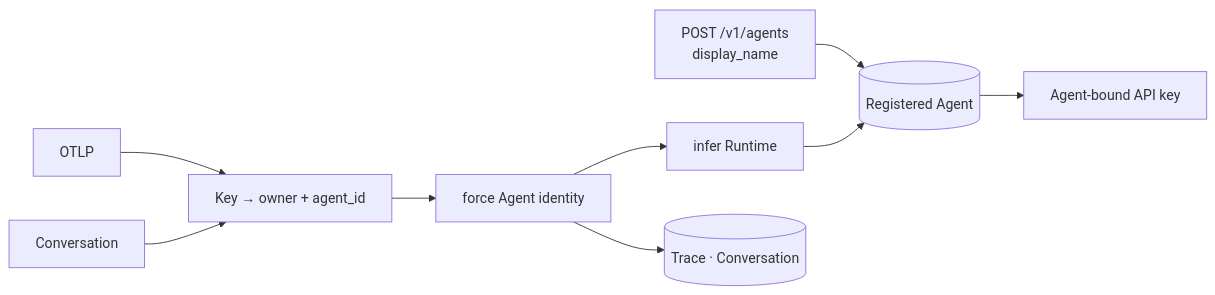
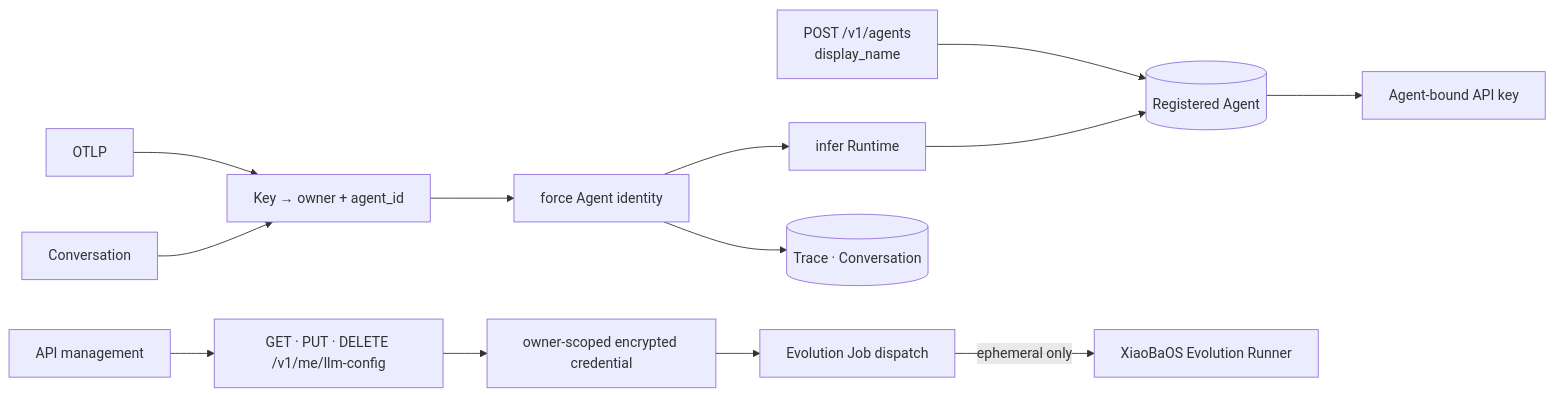
The second of 2 diagrams in control-plane/SPEC.md (fightheyyy/CATENA), drawn with Mermaid before and after one commit. The commit also changed other lines of this file and 34 other files, not shown here.

Commit message:
Make API management owner-configured

````diff
--- a/control-plane/SPEC.md
+++ b/control-plane/SPEC.md
@@ -39,11 +43,15 @@
 ```mermaid
 flowchart LR
     Create["POST /v1/agents<br/>display_name"] --> Registry[("Registered Agent")]
     Registry --> Key["Agent-bound API key"]
     OTLP["OTLP"] --> Auth["Key → owner + agent_id"]
     Conversation["Conversation"] --> Auth
     Auth --> Normalize["force Agent identity"]
     Normalize --> Detect["infer Runtime"]
     Normalize --> Evidence[("Trace · Conversation")]
     Detect --> Registry
+    Web["API management"] --> ModelAPI["GET · PUT · DELETE /v1/me/llm-config"]
+    ModelAPI --> Encrypted["owner-scoped encrypted credential"]
+    Encrypted --> Job["Evolution Job dispatch"]
+    Job -->|"ephemeral only"| Runner["XiaoBaOS Evolution Runner"]
 ```
````
